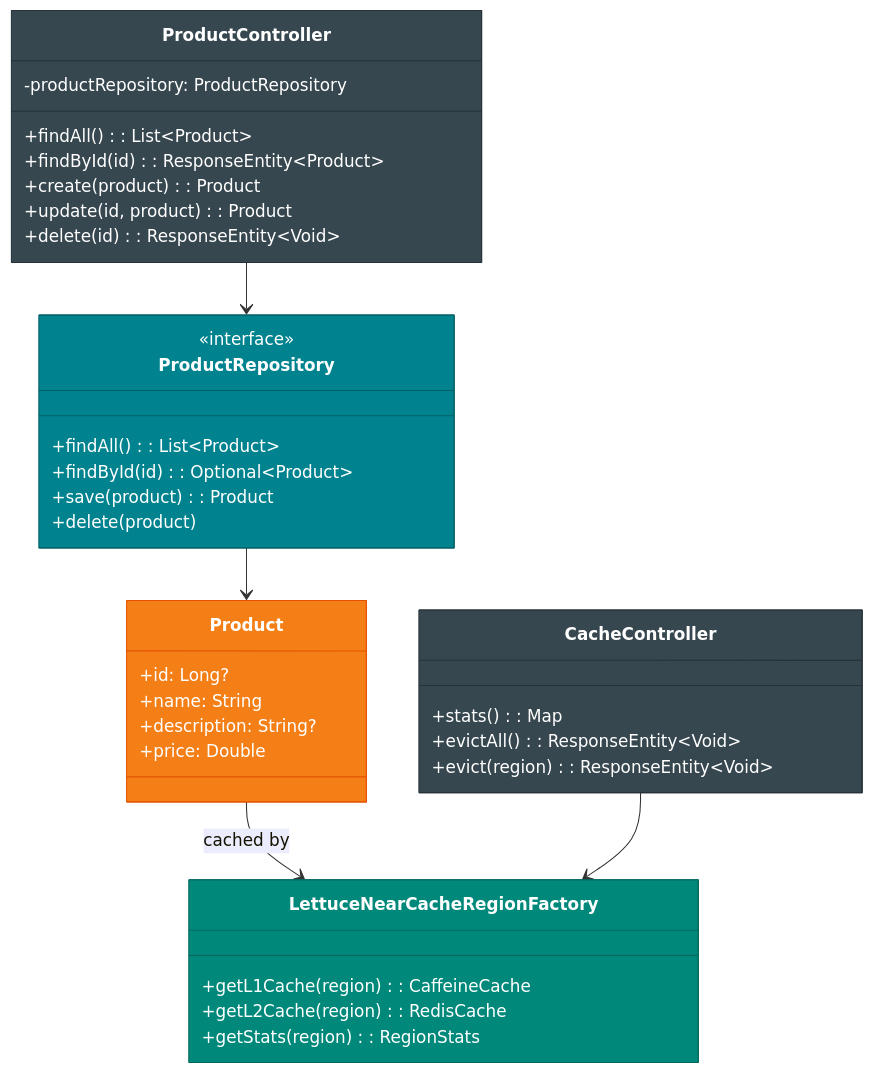
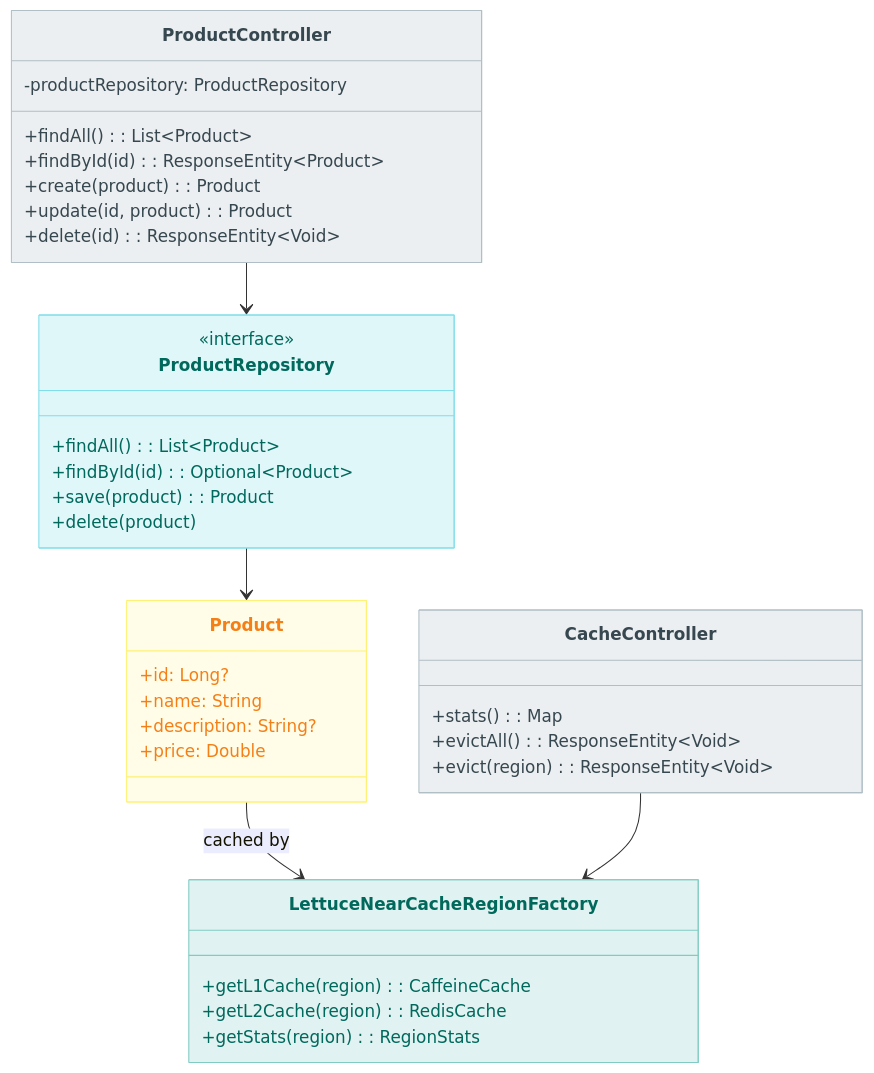
Before and after one commit to bluetape4k/bluetape4k-projects: the first of 2 diagrams in spring-boot3/hibernate-lettuce-demo/README.ko.md, drawn with Mermaid. The commit also changed other lines of this file and 219 other files, not shown here.

First line of the commit message:
docs: 전체 README Mermaid 다이어그램 가이드 적용

````diff
--- a/spring-boot3/hibernate-lettuce-demo/README.ko.md
+++ b/spring-boot3/hibernate-lettuce-demo/README.ko.md
@@ -38,45 +38,45 @@
 ```mermaid
 classDiagram
     class ProductController {
         -productRepository: ProductRepository
         +findAll(): List~Product~
         +findById(id): ResponseEntity~Product~
         +create(product): Product
         +update(id, product): Product
         +delete(id): ResponseEntity~Void~
     }
     class CacheController {
         +stats(): Map
         +evictAll(): ResponseEntity~Void~
         +evict(region): ResponseEntity~Void~
     }
     class ProductRepository {
         <<interface>>
         +findAll(): List~Product~
         +findById(id): Optional~Product~
         +save(product): Product
         +delete(product)
     }
     class Product {
         +id: Long?
         +name: String
         +description: String?
         +price: Double
     }
     class LettuceNearCacheRegionFactory {
         +getL1Cache(region): CaffeineCache
         +getL2Cache(region): RedisCache
         +getStats(region): RegionStats
     }
 
     ProductController --> ProductRepository
     ProductRepository --> Product
     Product --> LettuceNearCacheRegionFactory : cached by
     CacheController --> LettuceNearCacheRegionFactory
 
-    style ProductController fill:#37474F,stroke:#263238,color:#FFFFFF
-    style CacheController fill:#37474F,stroke:#263238,color:#FFFFFF
-    style ProductRepository fill:#00838F,stroke:#006064,color:#FFFFFF
-    style Product fill:#F57F17,stroke:#E65100,color:#FFFFFF
-    style LettuceNearCacheRegionFactory fill:#00897B,stroke:#00695C,color:#FFFFFF
+    style ProductController fill:#ECEFF1,stroke:#B0BEC5,color:#37474F
+    style CacheController fill:#ECEFF1,stroke:#B0BEC5,color:#37474F
+    style ProductRepository fill:#E0F7FA,stroke:#80DEEA,color:#00695C
+    style Product fill:#FFFDE7,stroke:#FFF176,color:#F57F17
+    style LettuceNearCacheRegionFactory fill:#E0F2F1,stroke:#80CBC4,color:#00695C
 ```
````
